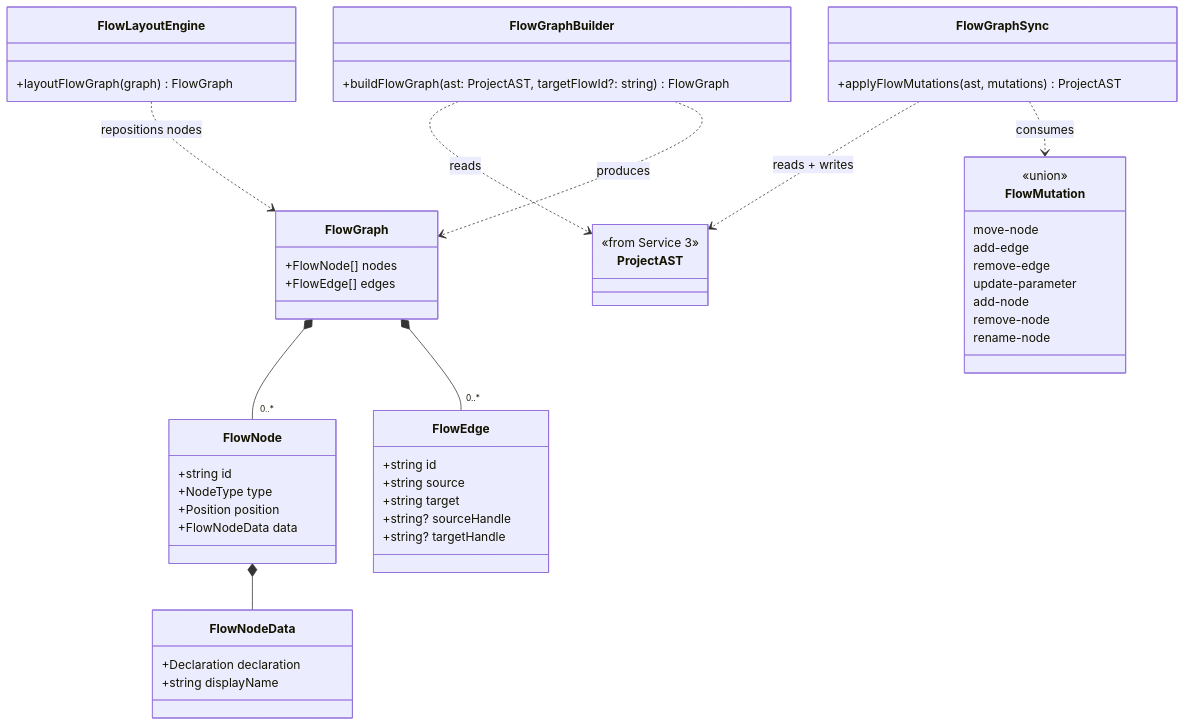
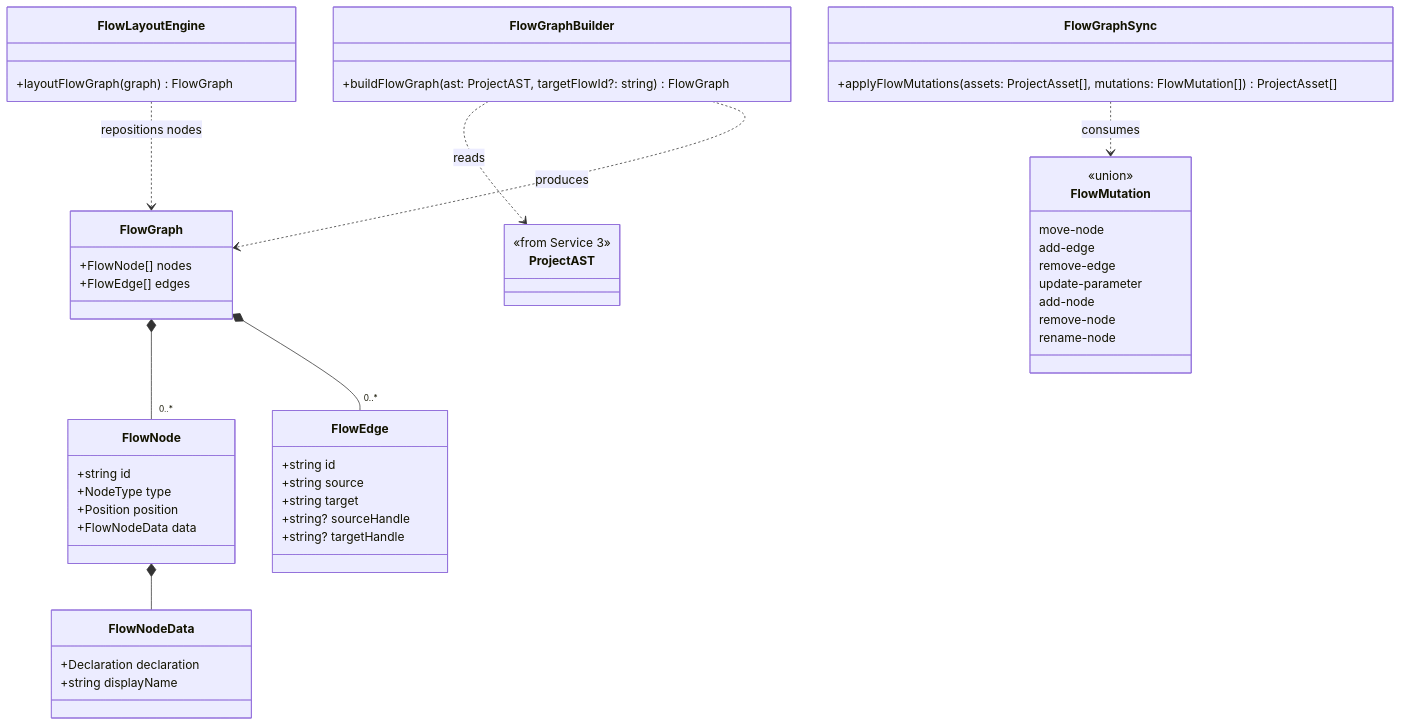
Before and after one commit to rimvydasb/open-modeler-ts: the first of 2 diagrams in docs/04-FLOW-MODELING.md, drawn with Mermaid. The commit also changed other lines of this file and 2 other files, not shown here.

Commit message:
refactor AST and flow modeling documentation: update serialization and mutation processes to reflect changes in ProjectAsset handling and clarify flow editor interactions

````diff
--- a/docs/04-FLOW-MODELING.md
+++ b/docs/04-FLOW-MODELING.md
@@ -27,66 +27,65 @@
 ```mermaid
 classDiagram
     direction TB
 
     class FlowGraph {
         +FlowNode[] nodes
         +FlowEdge[] edges
     }
 
     class FlowNode {
         +string id
         +NodeType type
         +Position position
         +FlowNodeData data
     }
 
     class FlowNodeData {
         +Declaration declaration
         +string displayName
     }
 
     class FlowEdge {
         +string id
         +string source
         +string target
         +string? sourceHandle
         +string? targetHandle
     }
 
     class FlowMutation {
         <<union>>
         move-node
         add-edge
         remove-edge
         update-parameter
         add-node
         remove-node
         rename-node
     }
 
     class FlowGraphBuilder {
         +buildFlowGraph(ast: ProjectAST, targetFlowId?: string) FlowGraph
     }
 
     class FlowGraphSync {
-        +applyFlowMutations(ast, mutations) ProjectAST
+        +applyFlowMutations(assets: ProjectAsset[], mutations: FlowMutation[]) ProjectAsset[]
     }
 
     class FlowLayoutEngine {
         +layoutFlowGraph(graph) FlowGraph
     }
 
     class ProjectAST {
         <<from Service 3>>
     }
 
     FlowGraph *-- "0..*" FlowNode
     FlowGraph *-- "0..*" FlowEdge
     FlowNode *-- FlowNodeData
 
     FlowGraphBuilder ..> ProjectAST : reads
     FlowGraphBuilder ..> FlowGraph : produces
-    FlowGraphSync ..> ProjectAST : reads + writes
     FlowGraphSync ..> FlowMutation : consumes
     FlowLayoutEngine ..> FlowGraph : repositions nodes
 ```
````
